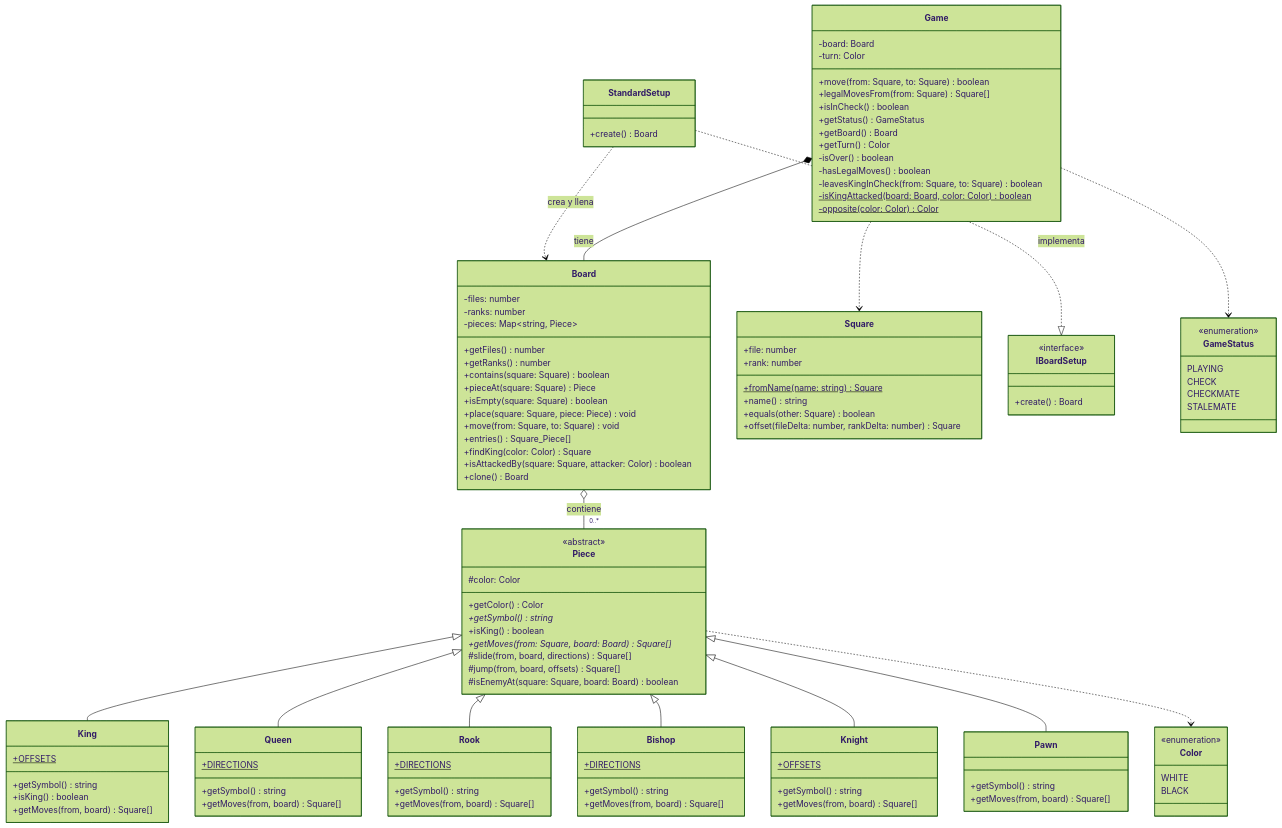
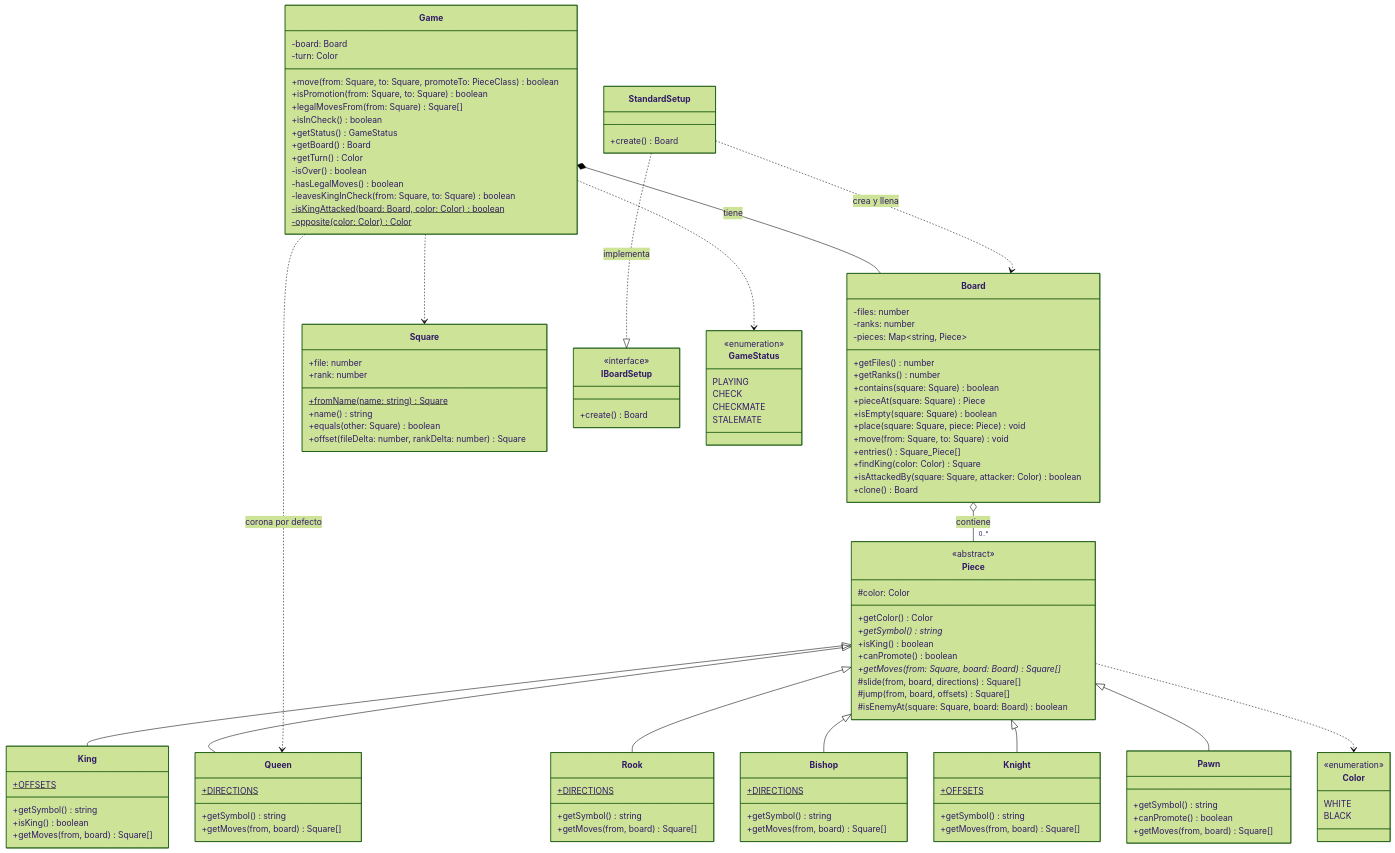
Before and after one commit to G-Mazzeo/ajedrez_tp_inge_software: the third of 3 diagrams in docs/diagrama-clases.md, drawn with Mermaid (forest theme). The commit also changed other lines of this file and 10 other files, not shown here.

````diff
--- a/docs/diagrama-clases.md
+++ b/docs/diagrama-clases.md
@@ -190,7 +194,8 @@
   class Game {
     -board: Board
     -turn: Color
-    +move(from: Square, to: Square) boolean
+    +move(from: Square, to: Square, promoteTo: PieceClass) boolean
+    +isPromotion(from: Square, to: Square) boolean
     +legalMovesFrom(from: Square) Square[]
     +isInCheck() boolean
     +getStatus() GameStatus
@@ -232,6 +237,7 @@
     +getColor() Color
     +getSymbol()* string
     +isKing() boolean
+    +canPromote() boolean
     +getMoves(from: Square, board: Board)* Square[]
     #slide(from, board, directions) Square[]
     #jump(from, board, offsets) Square[]
@@ -265,6 +271,7 @@
   }
   class Pawn {
     +getSymbol() string
+    +canPromote() boolean
     +getMoves(from, board) Square[]
   }
   class Color {
@@ -299,5 +306,6 @@
   Piece <|-- Pawn
   Game ..> GameStatus
   Game ..> Square
+  Game ..> Queen : corona por defecto
   Piece ..> Color
 ```
````
